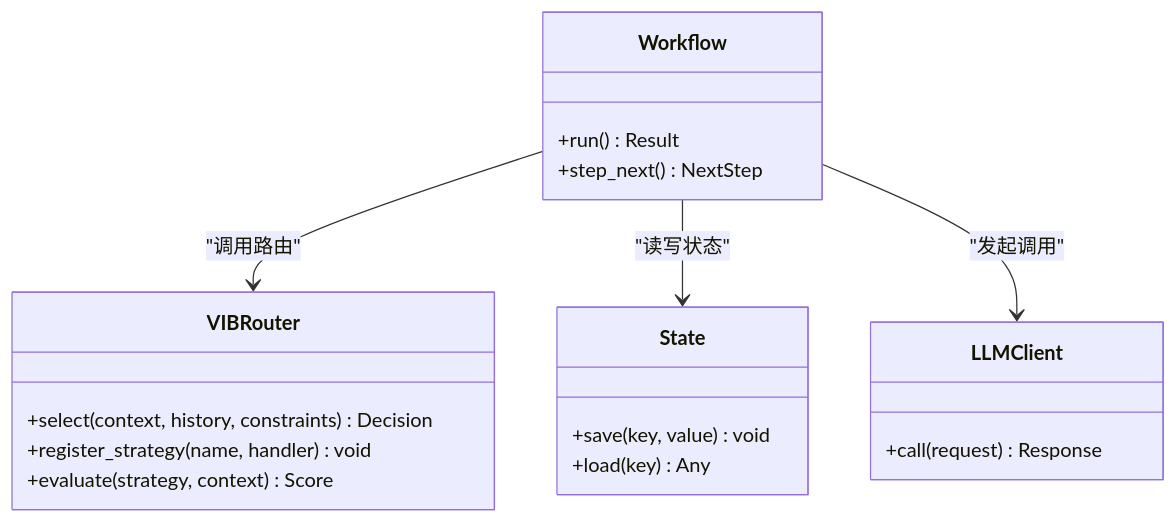
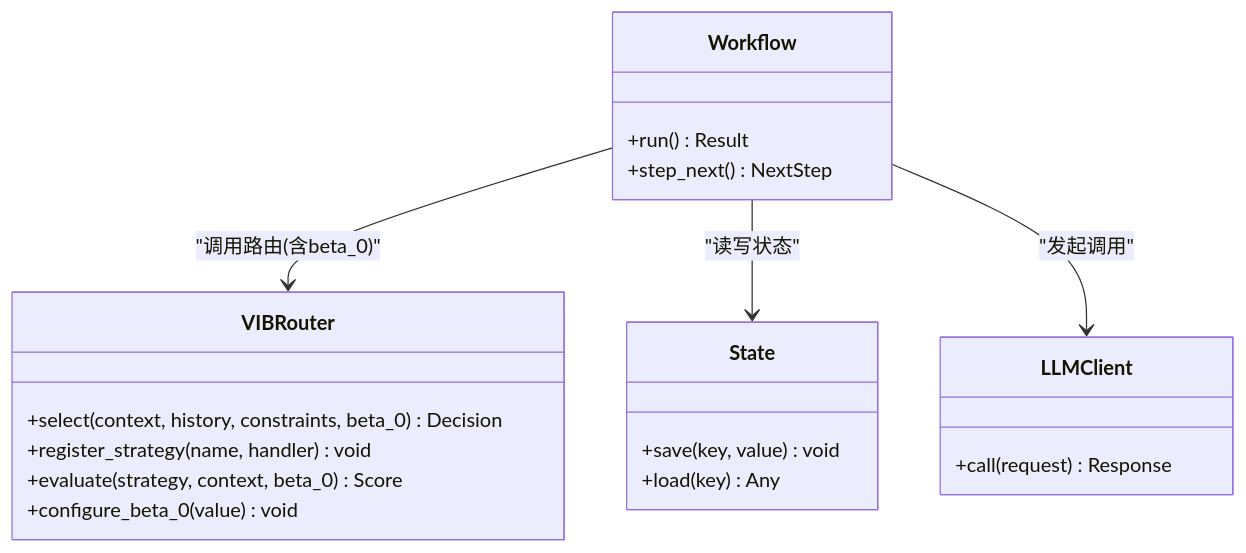
One commit to QuStarry/VIB-SparseCommunication changed the third of 6 diagrams in .qoder/repowiki/zh/content/核心架构/实验框架/大规模集群实验.md. Above: the diagram before and after it, drawn with Mermaid. The commit also changed other lines of this file and 18 other files, not shown here.

````diff
--- a/.qoder/repowiki/zh/content/核心架构/实验框架/大规模集群实验.md
+++ b/.qoder/repowiki/zh/content/核心架构/实验框架/大规模集群实验.md
@@ -141,22 +158,23 @@
 ```mermaid
 classDiagram
 class VIBRouter {
-+select(context, history, constraints) Decision
++select(context, history, constraints, beta_0) Decision
 +register_strategy(name, handler) void
-+evaluate(strategy, context) Score
++evaluate(strategy, context, beta_0) Score
++configure_beta_0(value) void
 }
 class Workflow {
 +run() Result
 +step_next() NextStep
 }
 class State {
 +save(key, value) void
 +load(key) Any
 }
 class LLMClient {
 +call(request) Response
 }
-Workflow --> VIBRouter : "调用路由"
+Workflow --> VIBRouter : "调用路由(含beta_0)"
 Workflow --> State : "读写状态"
 Workflow --> LLMClient : "发起调用"
 ```
````
